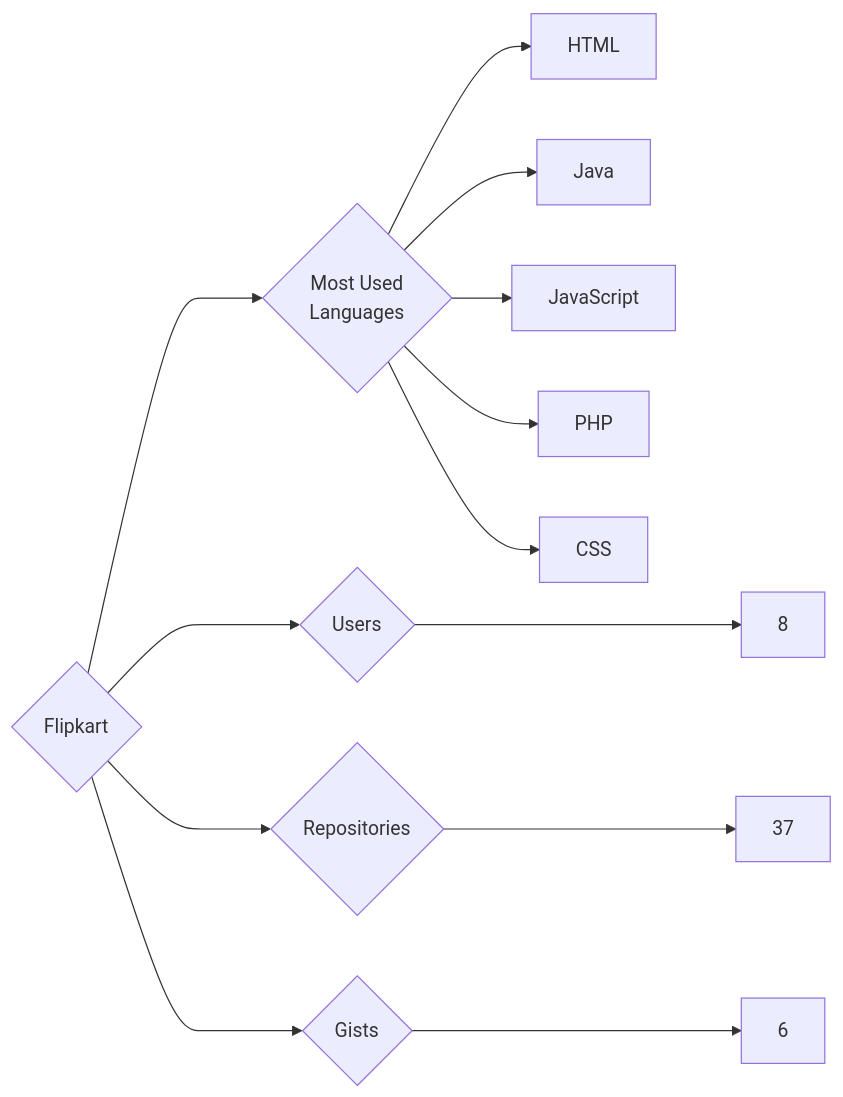
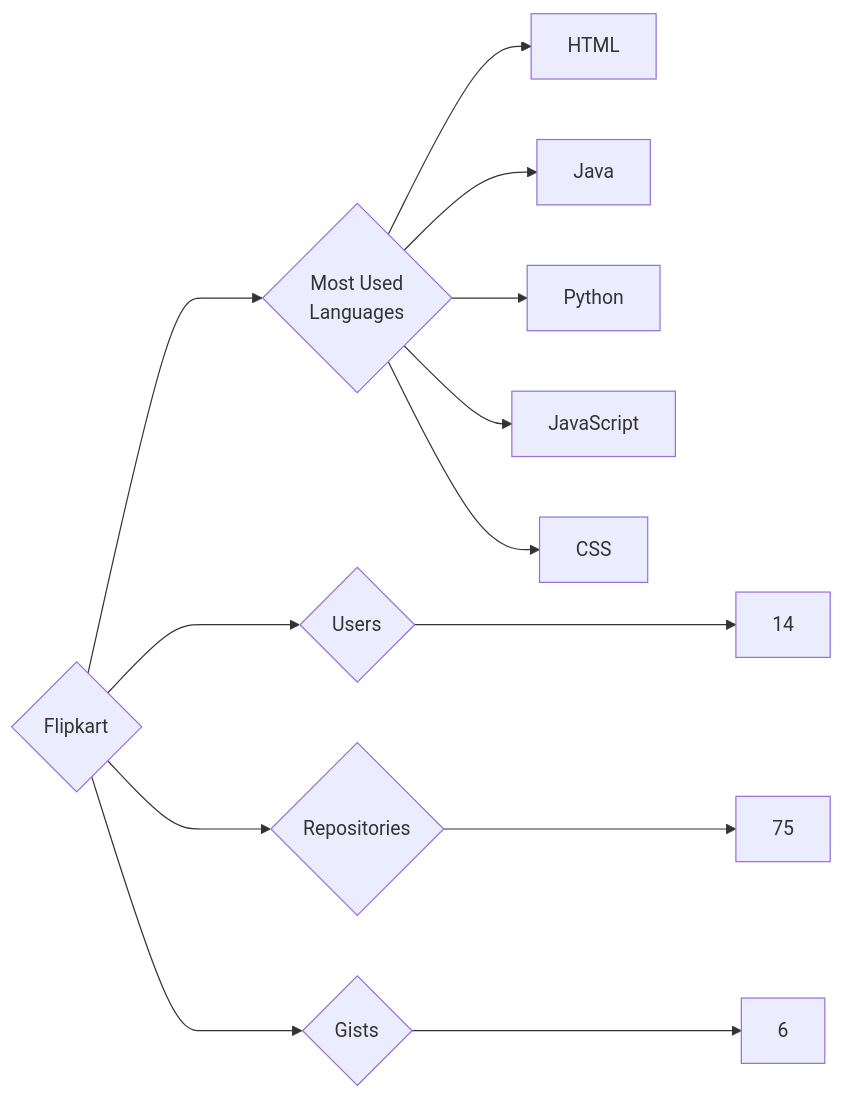
The diagram in targets/Flipkart/README.md (trickest/insiders), drawn with Mermaid before and after one commit. The commit also changed 912 other files, not shown here.

````diff
--- a/targets/Flipkart/README.md
+++ b/targets/Flipkart/README.md
@@ -3,13 +3,13 @@
 ```mermaid
 graph LR
 COMPANY_NAME{Flipkart}
-COMPANY_NAME ---> U{Users} ---> UN[8]
-COMPANY_NAME ---> R{Repositories} ---> RN[37]
+COMPANY_NAME ---> U{Users} ---> UN[14]
+COMPANY_NAME ---> R{Repositories} ---> RN[75]
 COMPANY_NAME ---> G{Gists} ---> GN[6]
 COMPANY_NAME ---> ML{Most Used<br>Languages}
 ML --> HTML[HTML]
 ML --> Java[Java]
+ML --> Python[Python]
 ML --> JavaScript[JavaScript]
-ML --> PHP[PHP]
 ML --> CSS[CSS]
 ```
````
